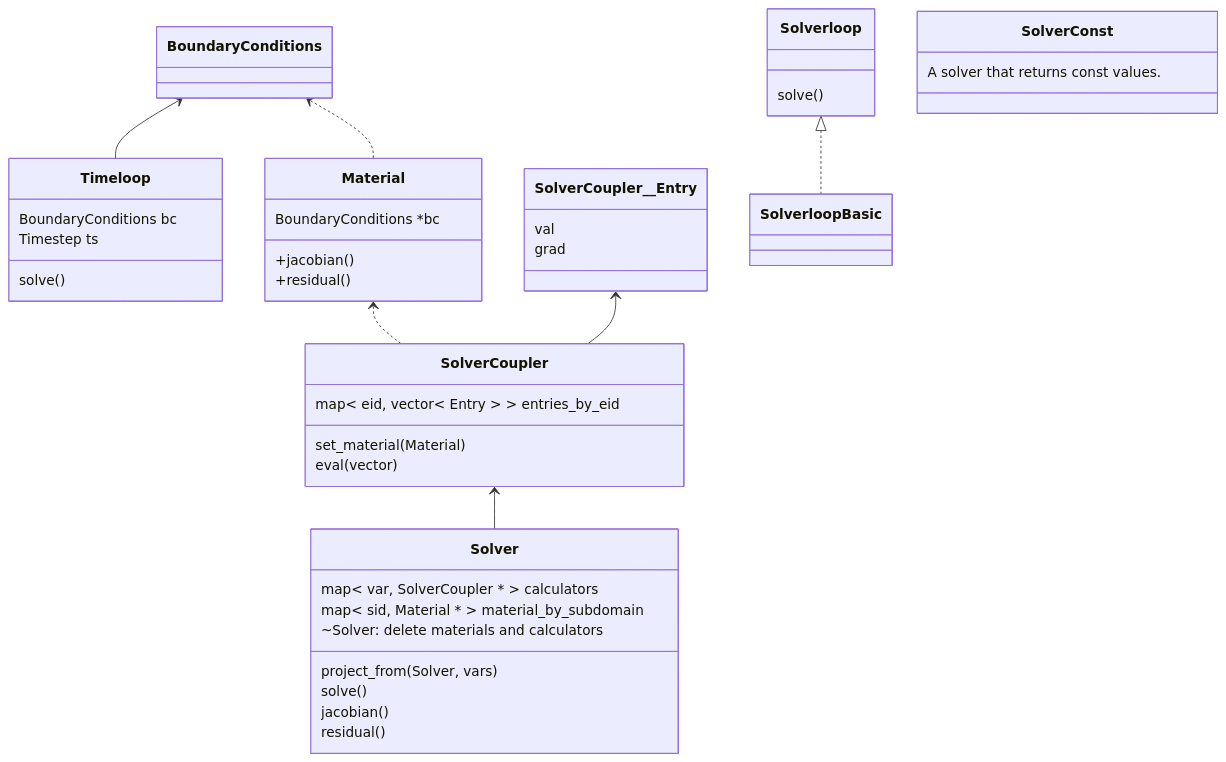
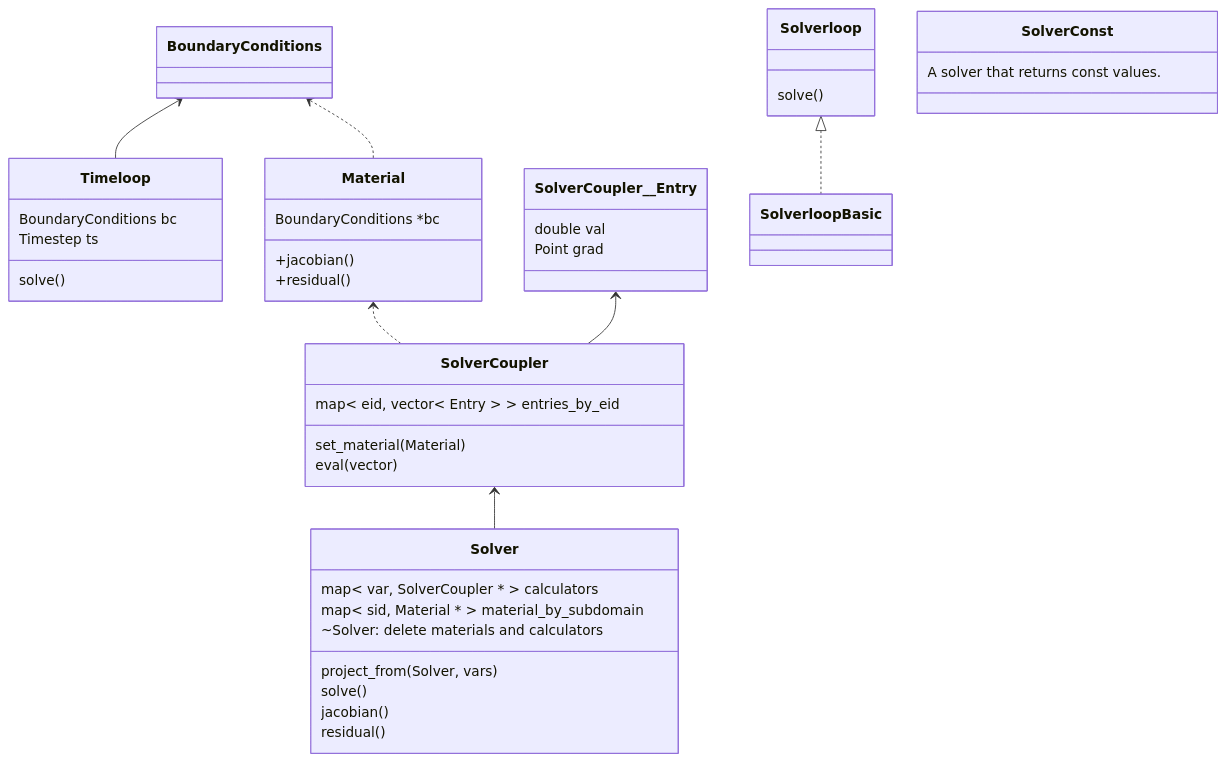
The first of 2 diagrams in doc/Description.md (rebpoli/harpy), drawn with Mermaid before and after one commit.

````diff
--- a/doc/Description.md
+++ b/doc/Description.md
@@ -20,49 +20,49 @@
 ```mermaid
 %% Interfaces
 classDiagram
     class Timeloop { 
         BoundaryConditions bc
         Timestep ts
         solve()
     }
     BoundaryConditions <-- Timeloop
 
     class Solverloop {
         solve()
     }
 
     class Solver {
         map< var, SolverCoupler * > calculators
         map< sid, Material * > material_by_subdomain
         ~Solver: delete materials and calculators
         project_from(Solver, vars)
         solve()
         jacobian()
         residual()
     }
     class SolverConst { A solver that returns const values.  }
 
 
     class Material {
         BoundaryConditions *bc
         +jacobian()
         +residual()
     }
     BoundaryConditions <.. Material
 
+    %% An entry of the coupler - a subclass
     class SolverCoupler__Entry { 
-        val
-        grad 
+        double val
+        Point grad 
     }
-
     class SolverCoupler {
         map< eid, vector< Entry > > entries_by_eid
         set_material( Material )
         eval( vector<Point> )
     }
     Material <.. SolverCoupler
     SolverCoupler__Entry <-- SolverCoupler
     Solverloop <|.. SolverloopBasic
     SolverCoupler <-- Solver
 
 ```
````
